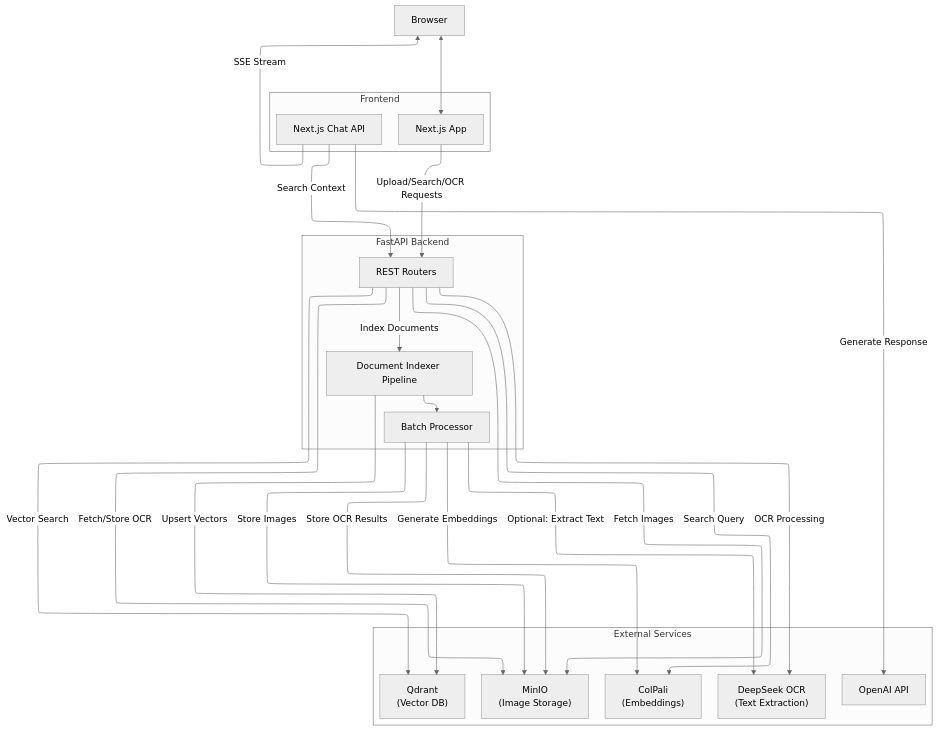
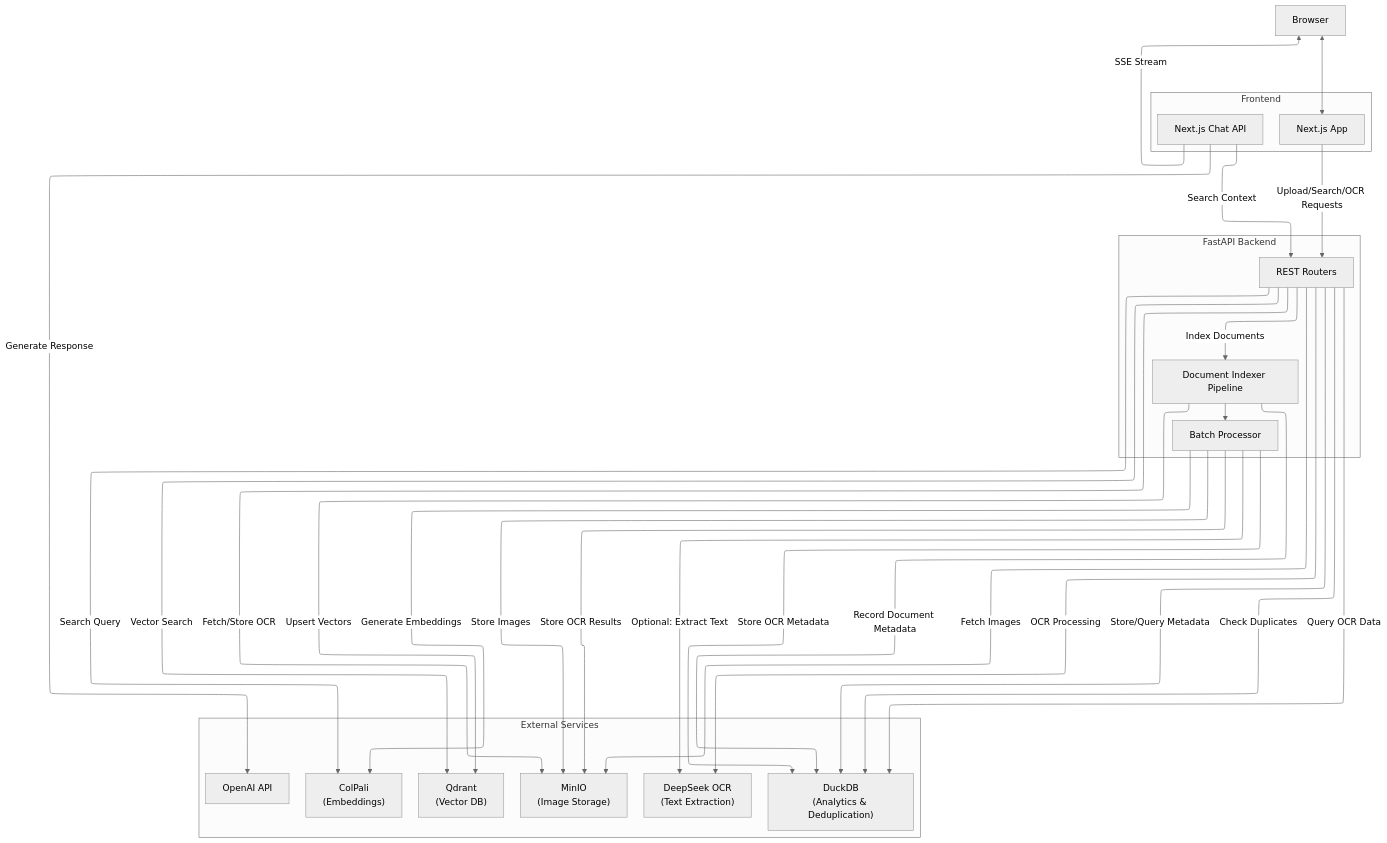
One commit to athrael-soju/Snappy changed the diagram in backend/docs/architecture.md. Above: the diagram before and after it, drawn with Mermaid. The commit also changed other lines of this file and 4 other files, not shown here.

````diff
--- a/backend/docs/architecture.md
+++ b/backend/docs/architecture.md
@@ -5,52 +5,58 @@
 ```mermaid
 ---
 config:
   theme: neutral
   layout: elk
 ---
 flowchart TB
   subgraph Frontend["Frontend"]
     NEXT["Next.js App"]
     CHAT["Next.js Chat API"]
   end
 
   subgraph Backend["FastAPI Backend"]
     API["REST Routers"]
     PIPELINE["Document Indexer Pipeline"]
     BATCH["Batch Processor"]
   end
 
   subgraph Services["External Services"]
     QDRANT["Qdrant<br/>(Vector DB)"]
     MINIO["MinIO<br/>(Image Storage)"]
     COLPALI["ColPali<br/>(Embeddings)"]
     DEEPSEEK["DeepSeek OCR<br/>(Text Extraction)"]
+    DUCKDB["DuckDB<br/>(Analytics & Deduplication)"]
     OPENAI["OpenAI API"]
   end
 
   USER["Browser"] <--> NEXT
   NEXT -- "Upload/Search/OCR Requests" --> API
-  
+
   %% Indexing flow
+  API -- "Check Duplicates" --> DUCKDB
   API -- "Index Documents" --> PIPELINE
   PIPELINE --> BATCH
   BATCH -- "Generate Embeddings" --> COLPALI
   BATCH -- "Store Images" --> MINIO
   BATCH -- "Optional: Extract Text" --> DEEPSEEK
   BATCH -- "Store OCR Results" --> MINIO
+  BATCH -- "Store OCR Metadata" --> DUCKDB
   PIPELINE -- "Upsert Vectors" --> QDRANT
-  
+  PIPELINE -- "Record Document Metadata" --> DUCKDB
+
   %% Search flow
   API -- "Search Query" --> COLPALI
   API -- "Vector Search" --> QDRANT
   API -- "Fetch Images" --> MINIO
-  
+  API -- "Query OCR Data" --> DUCKDB
+
   %% OCR flow
   API -- "OCR Processing" --> DEEPSEEK
   API -- "Fetch/Store OCR" --> MINIO
-  
+  API -- "Store/Query Metadata" --> DUCKDB
+
   %% Chat flow
   CHAT -- "Search Context" --> API
   CHAT -- "Generate Response" --> OPENAI
   CHAT -- "SSE Stream" --> USER
 ```
````
